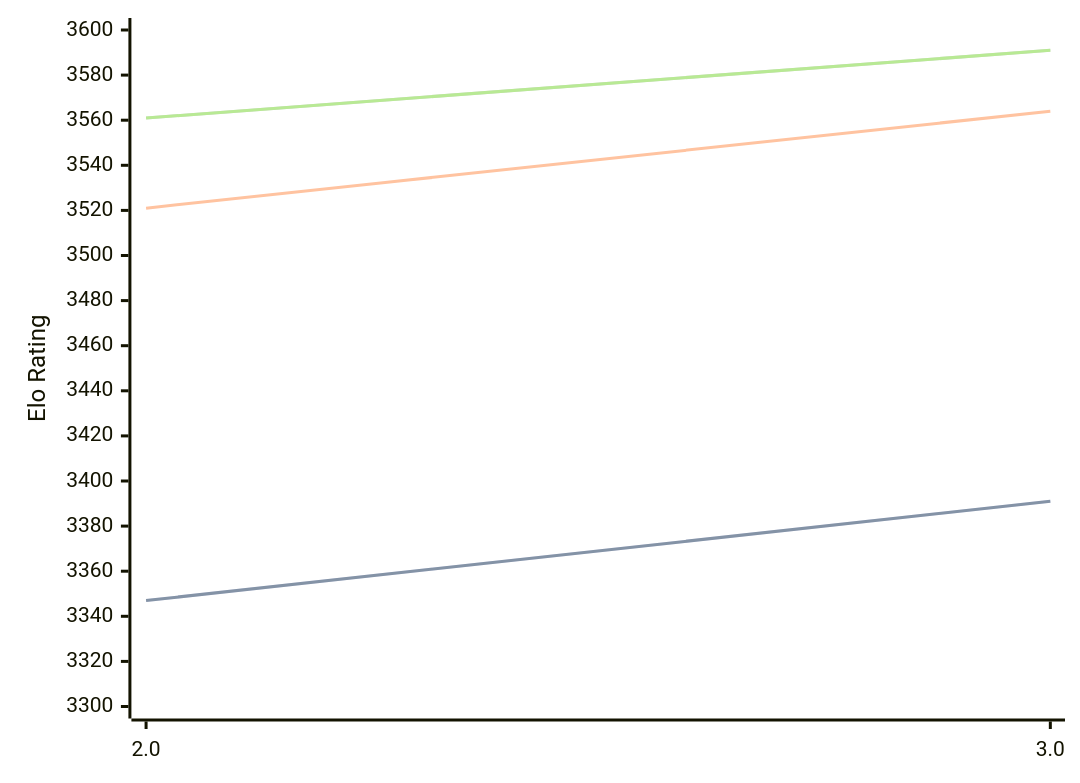
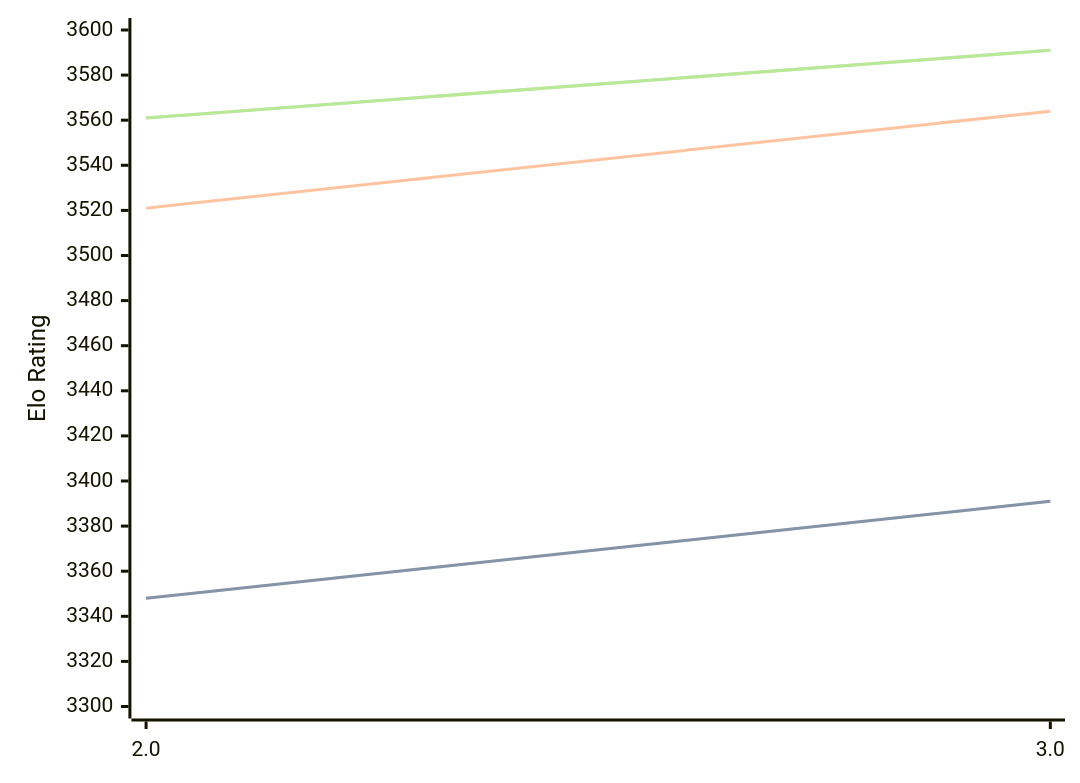
Before and after one commit to computer-chess-index/cci: the diagram in engines/Quanticade.md, drawn with Mermaid. The commit also changed other lines of this file, not shown here.

````diff
--- a/engines/Quanticade.md
+++ b/engines/Quanticade.md
@@ -41,11 +41,11 @@
 ```mermaid
 %%{init: {"theme":"base","themeVariables":{"seriesColors:['#a3a3a3','#222221','#faa371']}}}%%
 xychart-beta
   x-axis ["2.0", "3.0"]
   y-axis "Elo Rating" 3300 --> 3600
-  line "STC (8.0+0.08s)" [3347, 3391]
-  line "STC (8.0+0.08s)" [3347, 3391]
+  line "STC (8.0+0.08s)" [3348, 3391]
+  line "STC (8.0+0.08s)" [3348, 3391]
   line "LTC (60.0+0.60s)" [3521, 3564]
   line "VLTC (2m24s+1.12s)" [3561, 3591]
   line "VLTC (2m24s+1.12s)" [3561, 3591]
 ```
````
